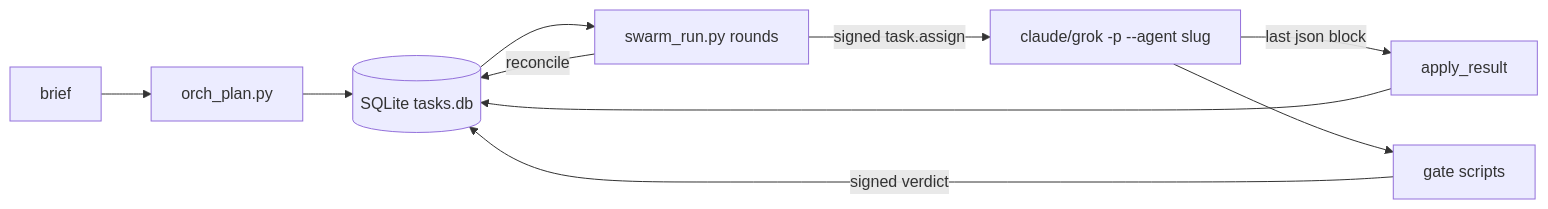
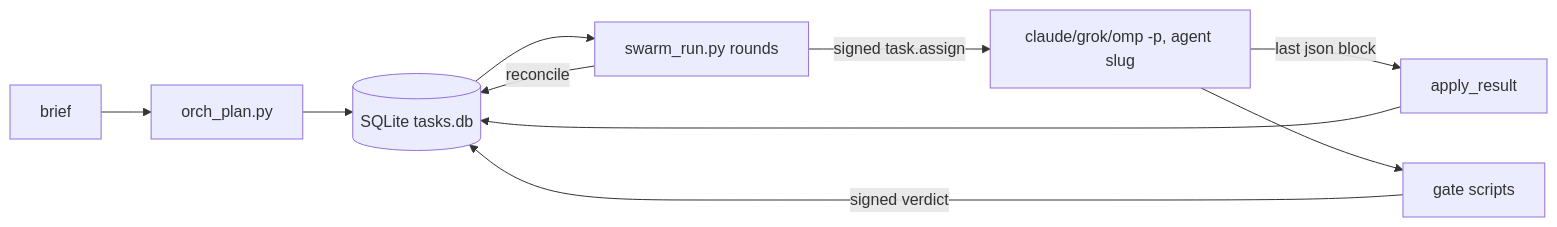
One commit to swcstudiospace/agent-swarm changed the diagram in AGENTS.md. Above: the diagram before and after it, drawn with Mermaid. The commit also changed other lines of this file and 7 other files, not shown here.

````diff
--- a/AGENTS.md
+++ b/AGENTS.md
@@ -17,9 +17,9 @@
 ```mermaid
 flowchart LR
   B[brief] --> P[orch_plan.py] --> DB[(SQLite tasks.db)]
   DB --> R[swarm_run.py rounds]
-  R -->|signed task.assign| A[claude/grok -p --agent slug]
+  R -->|signed task.assign| A[claude/grok/omp -p, agent slug]
   A -->|last json block| AR[apply_result] --> DB
   A --> G[gate scripts] -->|signed verdict| DB
   R -->|reconcile| DB
 ```
````
